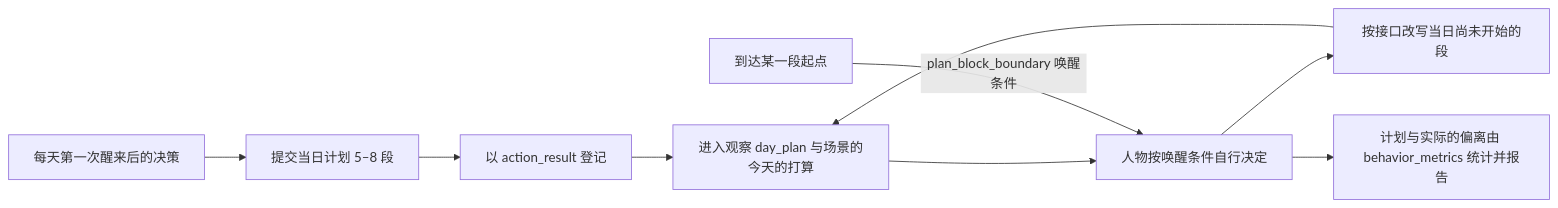
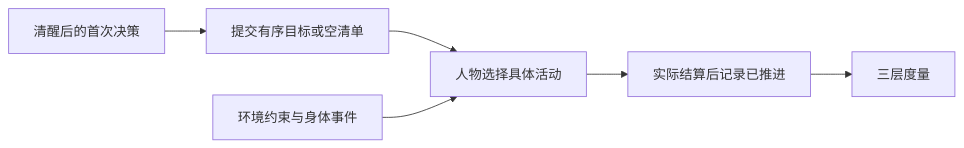
One commit to HoldThatThgt/WorldMock changed the second of 3 diagrams in docs/dev/SPEC-life-realism.md. Above: the diagram before and after it, drawn with Mermaid. The commit also changed other lines of this file and 53 other files, not shown here.

Commit message:
feat: replace timed day plans with evidence-backed daily goals

````diff
--- a/docs/dev/SPEC-life-realism.md
+++ b/docs/dev/SPEC-life-realism.md
@@ -169,11 +168,8 @@
 ```mermaid
 flowchart LR
-    WAKE[每天第一次醒来后的决策] --> SUBMIT[提交当日计划 5–8 段]
-    SUBMIT --> REG[以 action_result 登记]
-    REG --> OBS[进入观察 day_plan 与场景的今天的打算]
-    OBS --> MOVE[人物按唤醒条件自行决定]
-    START[到达某一段起点] -->|plan_block_boundary 唤醒条件| MOVE
-    MOVE --> REV[按接口改写当日尚未开始的段]
-    REV --> OBS
-    MOVE --> DEV[计划与实际的偏离由 behavior_metrics 统计并报告]
+    WAKE[清醒后的首次决策] --> GOALS[提交有序目标或空清单]
+    GOALS --> ACT[人物选择具体活动]
+    ACT --> EVIDENCE[实际结算后记录已推进]
+    ENV[环境约束与身体事件] --> ACT
+    EVIDENCE --> REPORT[三层度量]
 ```
````
